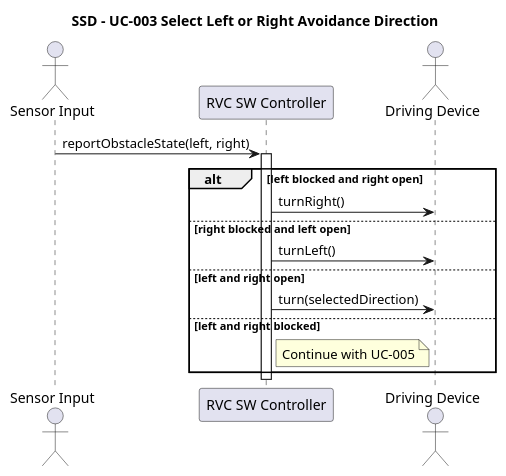
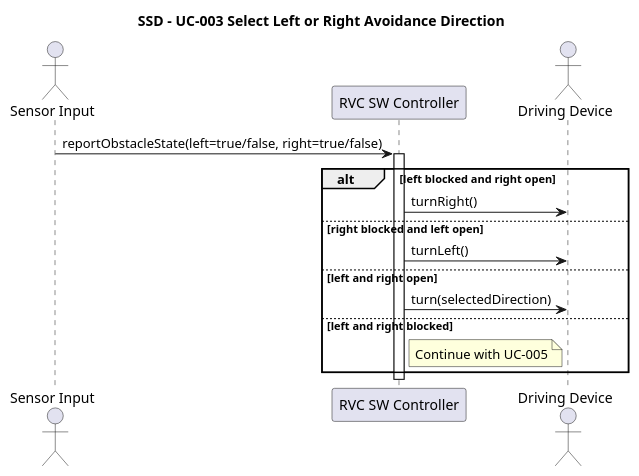
One commit to OOAD-Team3/Robot-Vacuum-Cleaner-AI changed the diagram in docs/ssd/UC-003.puml. Above: the diagram before and after it, drawn with PlantUML.

Commit message:
Potential fix for pull request finding

```diff
--- a/docs/ssd/UC-003.puml
+++ b/docs/ssd/UC-003.puml
@@ -1,21 +1,21 @@
 @startuml SSD_UC003_Select_Avoidance_Direction
 title SSD - UC-003 Select Left or Right Avoidance Direction
 
 actor "Sensor Input" as Sensor
 participant "RVC SW Controller" as System
 actor "Driving Device" as Drive
 
-Sensor -> System: reportObstacleState(left, right)
+Sensor -> System: reportObstacleState(left=true/false, right=true/false)
 activate System
 
 alt left blocked and right open
     System -> Drive: turnRight()
 else right blocked and left open
     System -> Drive: turnLeft()
 else left and right open
     System -> Drive: turn(selectedDirection)
 else left and right blocked
     note right of System: Continue with UC-005
 end
 deactivate System
 @enduml
```
